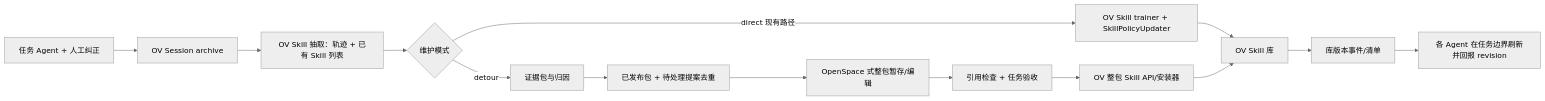
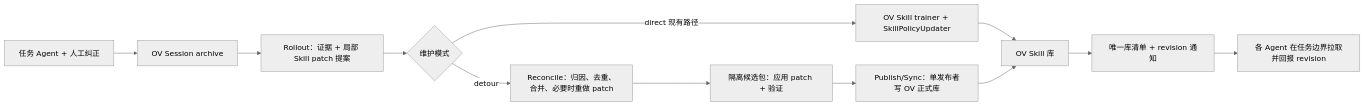
Before and after one commit to FFFFFFFANG1/OpenViking: the diagram in docs/zh/design/ov-skill-evolution-detour.md, drawn with Mermaid (neutral theme). The commit also changed other lines of this file and 3 other files, not shown here.

````diff
--- a/docs/zh/design/ov-skill-evolution-detour.md
+++ b/docs/zh/design/ov-skill-evolution-detour.md
@@ -9,16 +9,14 @@
 ```mermaid
 flowchart LR
     A[任务 Agent + 人工纠正] --> B[OV Session archive]
-    B --> C[OV Skill 抽取：轨迹 + 已有 Skill 列表]
+    B --> C[Rollout：证据 + 局部 Skill patch 提案]
     C --> D{维护模式}
     D -->|direct 现有路径| E[OV Skill trainer + SkillPolicyUpdater]
-    D -->|detour| F[证据包与归因]
-    F --> G[已发布包 + 待处理提案去重]
-    G --> H[OpenSpace 式整包暂存/编辑]
-    H --> I[引用检查 + 任务验收]
-    I --> J[OV 整包 Skill API/安装器]
+    D -->|detour| F[Reconcile：归因、去重、合并、必要时重做 patch]
+    F --> G[隔离候选包：应用 patch + 验证]
+    G --> H[Publish/Sync：单发布者写 OV 正式库]
     E --> K[OV Skill 库]
-    J --> K
-    K --> L[库版本事件/清单]
-    L --> M[各 Agent 在任务边界刷新并回报 revision]
+    H --> K
+    K --> L[唯一库清单 + revision 通知]
+    L --> M[各 Agent 在任务边界拉取并回报 revision]
 ```
````
